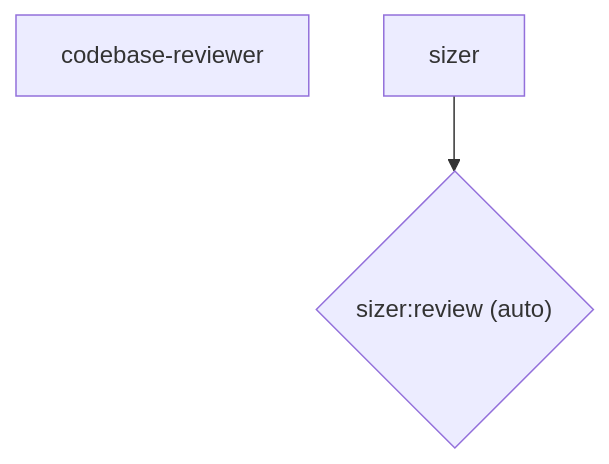
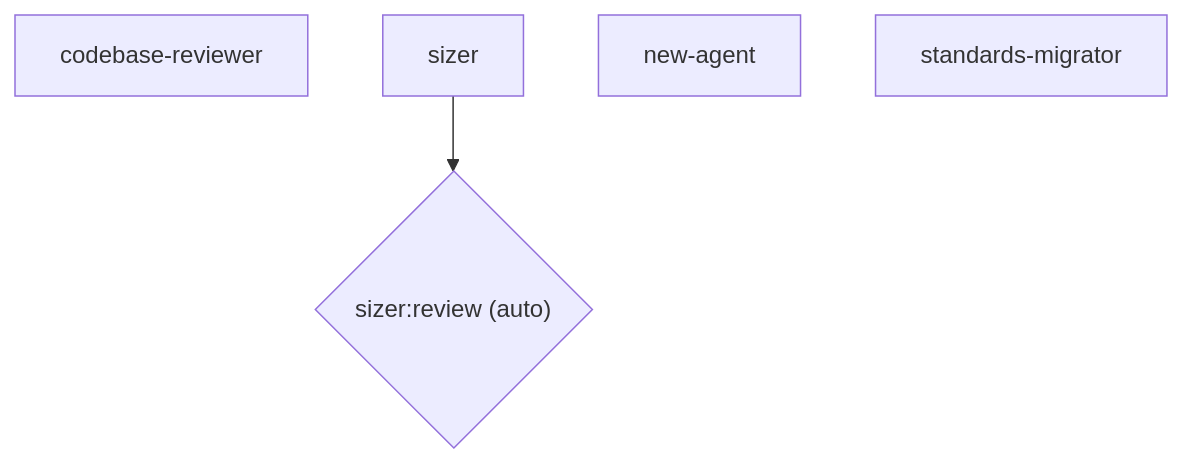
One commit to M-A-Operating-System/ai-coding-standards2 changed the diagram in docs/product/agile/generated/phases/00_ondemand.mmd. Above: the diagram before and after it, drawn with Mermaid.

Commit message:
chore: regenerate pipeline diagrams

```diff
--- a/docs/product/agile/generated/phases/00_ondemand.mmd
+++ b/docs/product/agile/generated/phases/00_ondemand.mmd
@@ -1,5 +1,7 @@
 flowchart TD
     n_00_ondemand__codebase_reviewer["codebase-reviewer"]
     n_00_ondemand__sizer["sizer"]
+    n_00_ondemand__new_agent["new-agent"]
+    n_00_ondemand__standards_migrator["standards-migrator"]
     gate__n_00_ondemand__sizer{"sizer:review (auto)"}
     n_00_ondemand__sizer --> gate__n_00_ondemand__sizer
```
